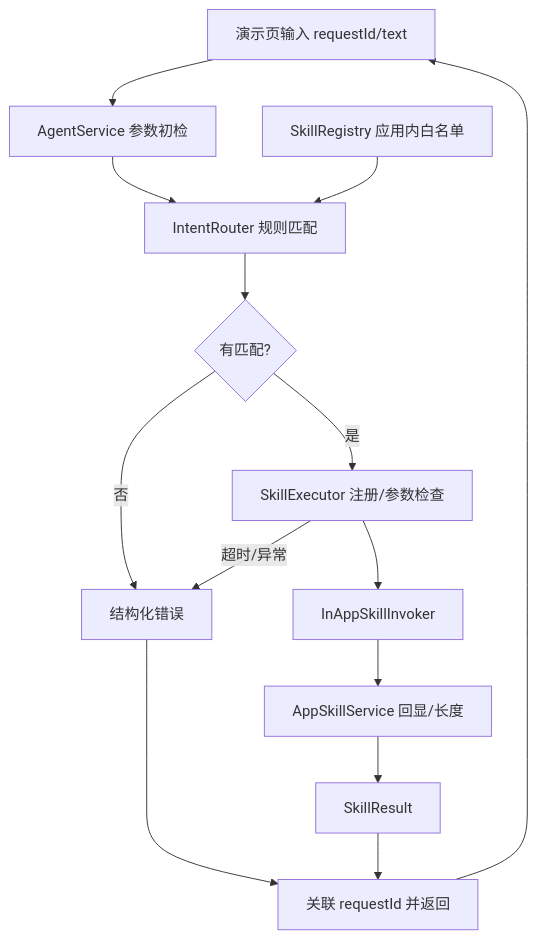
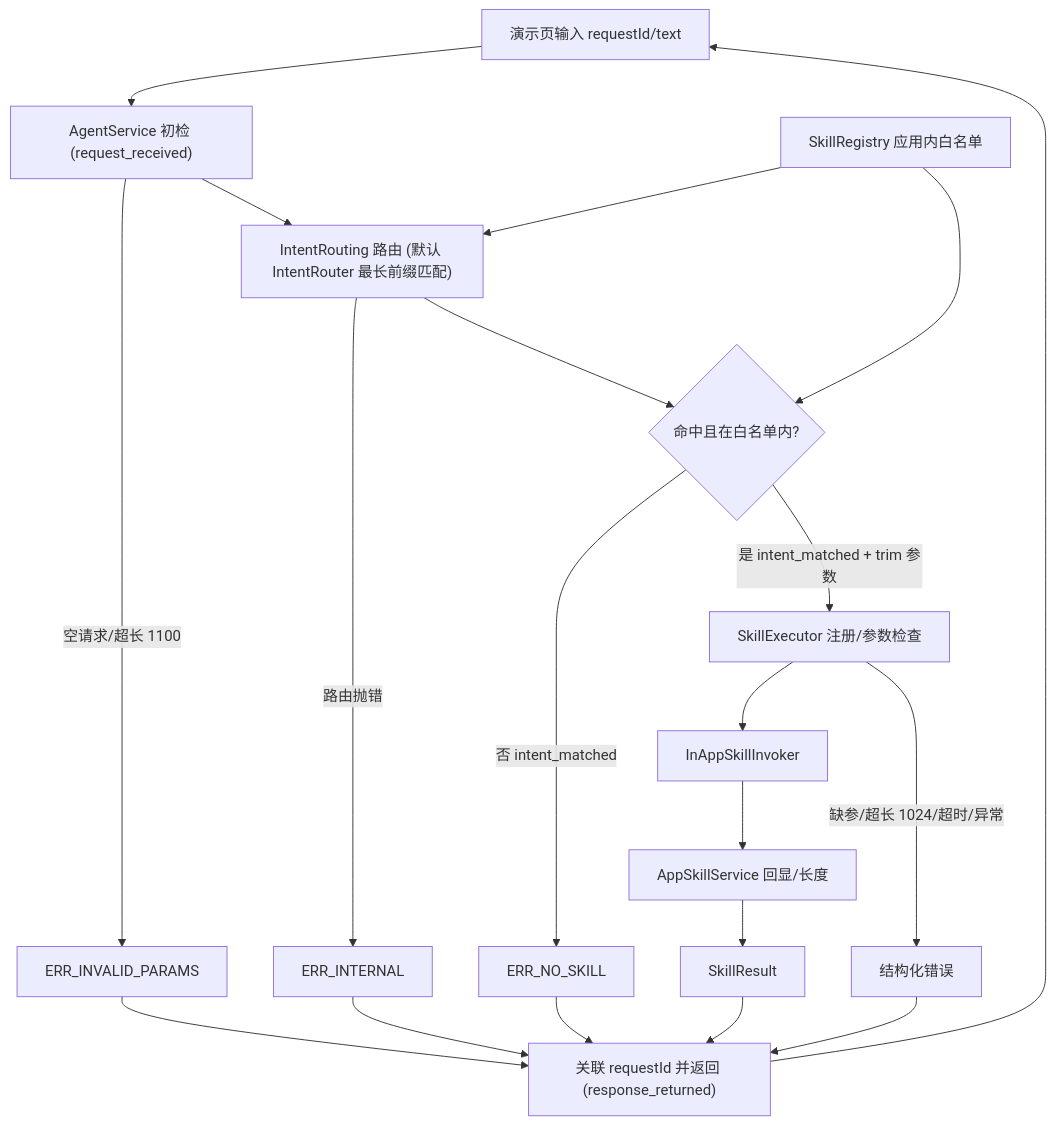
One commit to yaorz26/skill-for-harmony-G1-M1 changed the first of 3 diagrams in docs/architecture.md. Above: the diagram before and after it, drawn with Mermaid. The commit also changed other lines of this file and 12 other files, not shown here.

Commit message:
feat(B): 完善意图路由与能力白名单校验并补充接口流程文档与编译记录

````diff
--- a/docs/architecture.md
+++ b/docs/architecture.md
@@ -5,16 +5,22 @@
 ```mermaid
 flowchart TD
-    UI[演示页输入 requestId/text] --> Agent[AgentService 参数初检]
-    Agent --> Router[IntentRouter 规则匹配]
-    Registry[SkillRegistry 应用内白名单] --> Router
-    Router --> Match{有匹配?}
-    Match -->|否| Error[结构化错误]
-    Match -->|是| Executor[SkillExecutor 注册/参数检查]
-    Executor --> Invoker[InAppSkillInvoker]
-    Invoker --> Service[AppSkillService 回显/长度]
-    Service --> Result[SkillResult]
-    Executor -->|超时/异常| Error
-    Error --> Response[关联 requestId 并返回]
+    UI["演示页输入 requestId/text"] --> Agent["AgentService 初检 (request_received)"]
+    Agent -->|空请求/超长 1100| PreErr["ERR_INVALID_PARAMS"]
+    Registry["SkillRegistry 应用内白名单"] --> Router["IntentRouting 路由 (默认 IntentRouter 最长前缀匹配)"]
+    Agent --> Router
+    Router -->|路由抛错| RouteErr["ERR_INTERNAL"]
+    Router --> Match{"命中且在白名单内?"}
+    Registry --> Match
+    Match -->|否 intent_matched| NoSkill["ERR_NO_SKILL"]
+    Match -->|是 intent_matched + trim 参数| Executor["SkillExecutor 注册/参数检查"]
+    Executor --> Invoker["InAppSkillInvoker"]
+    Invoker --> Service["AppSkillService 回显/长度"]
+    Service --> Result["SkillResult"]
+    Executor -->|缺参/超长 1024/超时/异常| ExecErr["结构化错误"]
+    PreErr --> Response["关联 requestId 并返回 (response_returned)"]
+    RouteErr --> Response
+    NoSkill --> Response
+    ExecErr --> Response
     Result --> Response
     Response --> UI
 ```
````
